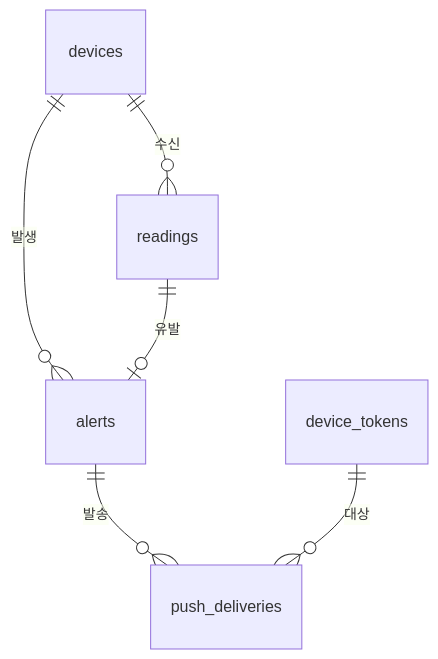
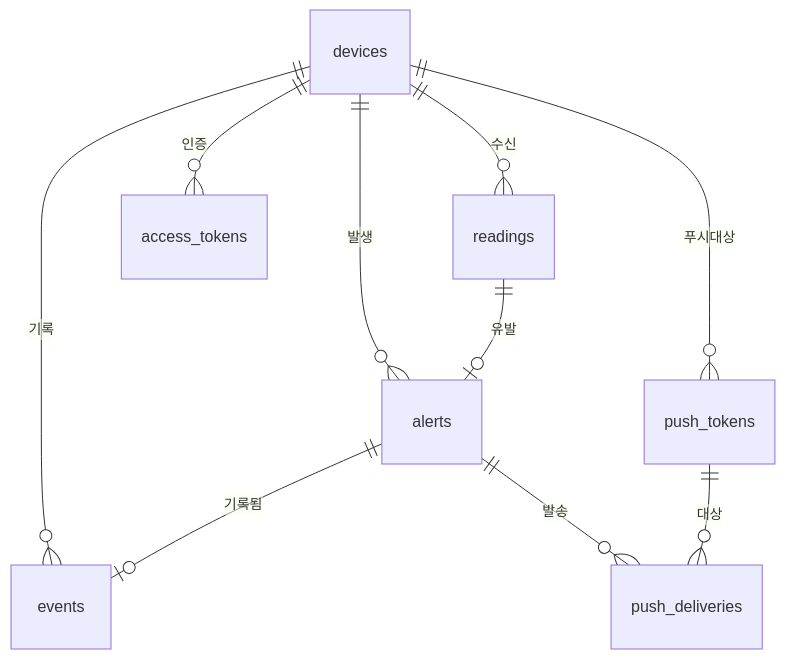
One commit to embedded-competition/backend changed the diagram in docs/db-schema.md. Above: the diagram before and after it, drawn with Mermaid. The commit also changed other lines of this file and 8 other files, not shown here.

````diff
--- a/docs/db-schema.md
+++ b/docs/db-schema.md
@@ -20,8 +22,12 @@
 ```mermaid
 erDiagram
     devices       ||--o{ readings : "수신"
     devices       ||--o{ alerts : "발생"
+    devices       ||--o{ access_tokens : "인증"
+    devices       ||--o{ push_tokens : "푸시대상"
+    devices       ||--o{ events : "기록"
     readings      ||--o| alerts : "유발"
+    alerts        ||--o| events : "기록됨"
     alerts        ||--o{ push_deliveries : "발송"
-    device_tokens ||--o{ push_deliveries : "대상"
+    push_tokens   ||--o{ push_deliveries : "대상"
 ```
````
